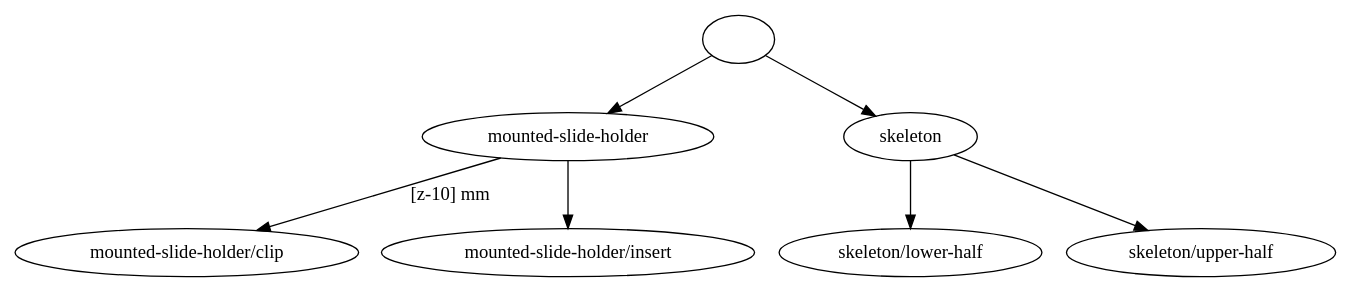
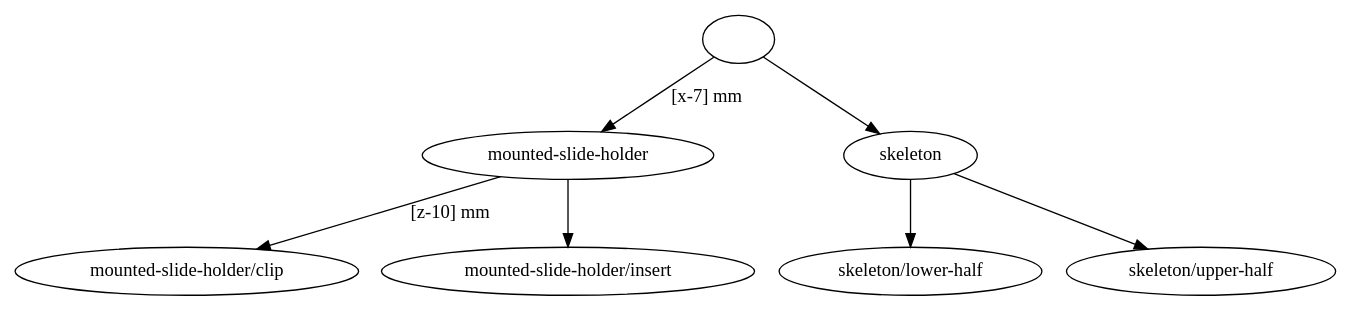
Before and after one commit to openUC2/optikit: the diagram in examples/designs/cube-mounted/slide-holder.dsn/_positions-graph:x.dot, drawn with Graphviz. The commit also changed 290 other files, not shown here.

```diff
--- a/examples/designs/cube-mounted/slide-holder.dsn/_positions-graph:x.dot
+++ b/examples/designs/cube-mounted/slide-holder.dsn/_positions-graph:x.dot
@@ -1,45 +1,46 @@
 strict digraph "" {
-	graph [bb="0,0,857.45,197.8"];
+	graph [bb="0,0,857.45,213.6"];
 	node [label="\N"];
 	edge [label="\E"];
 	""	[height=0.5,
-		pos="469.34,179.8",
+		pos="470.34,195.6",
 		width=0.75];
 	"mounted-slide-holder"	[height=0.5,
 		pos="359.34,106.8",
 		width=2.6159];
 	"" -> "mounted-slide-holder"	[key=" -> mounted-slide-holder",
-		label="",
-		pos="e,385.11,124.44 450.68,166.76 435.4,156.9 413.36,142.67 394.75,130.66"];
+		label="[x-7] mm",
+		lp="451.41,151.2",
+		pos="e,380.94,124.69 453.48,181.42 436.65,168.26 410.41,147.74 389.9,131.7"];
 	skeleton	[height=0.5,
 		pos="581.34,106.8",
 		width=1.2005];
 	"" -> skeleton	[key=" -> skeleton",
 		label="",
-		pos="e,558.47,122.29 488.59,166.59 505.1,156.13 529.24,140.82 548.75,128.45"];
+		pos="e,561.69,123.16 487.19,181.42 504.55,167.85 531.91,146.45 552.68,130.21"];
 	"mounted-slide-holder/clip"	[height=0.5,
 		pos="111.34,18",
 		width=3.0927];
 	"mounted-slide-holder" -> "mounted-slide-holder/clip"	[key="mounted-slide-holder -> mounted-slide-holder/clip",
 		label="[z-10] mm",
 		lp="287.29,62.4",
 		pos="e,156.76,34.899 315.57,90.482 274.33,76.049 212.35,54.355 167.49,38.653"];
 	"mounted-slide-holder/insert"	[height=0.5,
 		pos="359.34,18",
 		width=3.2864];
 	"mounted-slide-holder" -> "mounted-slide-holder/insert"	[key="mounted-slide-holder -> mounted-slide-holder/insert",
 		label="",
 		pos="e,359.34,36.41 359.34,88.651 359.34,76.958 359.34,61.192 359.34,47.618"];
 	"skeleton/lower-half"	[height=0.5,
 		pos="581.34,18",
 		width=2.3922];
 	skeleton -> "skeleton/lower-half"	[key="skeleton -> skeleton/lower-half",
 		label="",
 		pos="e,581.34,36.41 581.34,88.651 581.34,76.958 581.34,61.192 581.34,47.618"];
 	"skeleton/upper-half"	[height=0.5,
 		pos="771.34,18",
 		width=2.3922];
 	skeleton -> "skeleton/upper-half"	[key="skeleton -> skeleton/upper-half",
 		label="",
 		pos="e,736.56,34.887 609.78,92.805 640.59,78.73 690.17,56.079 726.29,39.579"];
 }
```
